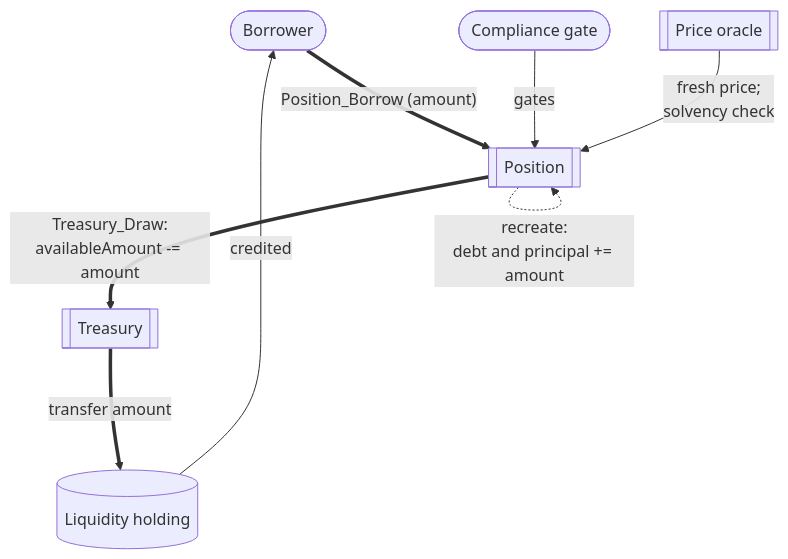
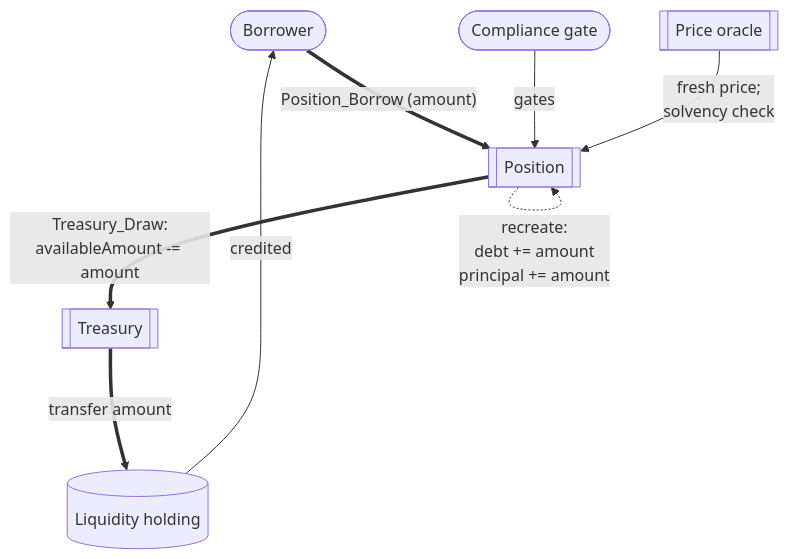
The third of 7 diagrams in docs/reference-architectures/lending.md (OpenZeppelin/canton-specs), drawn with Mermaid before and after one commit. The commit also changed other lines of this file, not shown here.

````diff
--- a/docs/reference-architectures/lending.md
+++ b/docs/reference-architectures/lending.md
@@ -283,17 +281,17 @@
 ```mermaid
 flowchart TD
     Borrower([Borrower])
     Compliance(["Compliance gate"])
     Oracle[["Price oracle"]]
     Position[["Position"]]
     Treasury[["Treasury"]]
     Liquidity[("Liquidity holding")]
 
     Borrower ==>|"Position_Borrow (amount)"| Position
     Compliance -->|"gates"| Position
     Oracle -->|"fresh price;<br/>solvency check"| Position
     Position ==>|"Treasury_Draw:<br/>availableAmount -= amount"| Treasury
     Treasury ==>|"transfer amount"| Liquidity
     Liquidity -->|"credited"| Borrower
-    Position -.->|"recreate:<br/>debt and principal += amount"| Position
+    Position -.->|"recreate:<br/>debt += amount<br/>principal += amount"| Position
 ```
````
